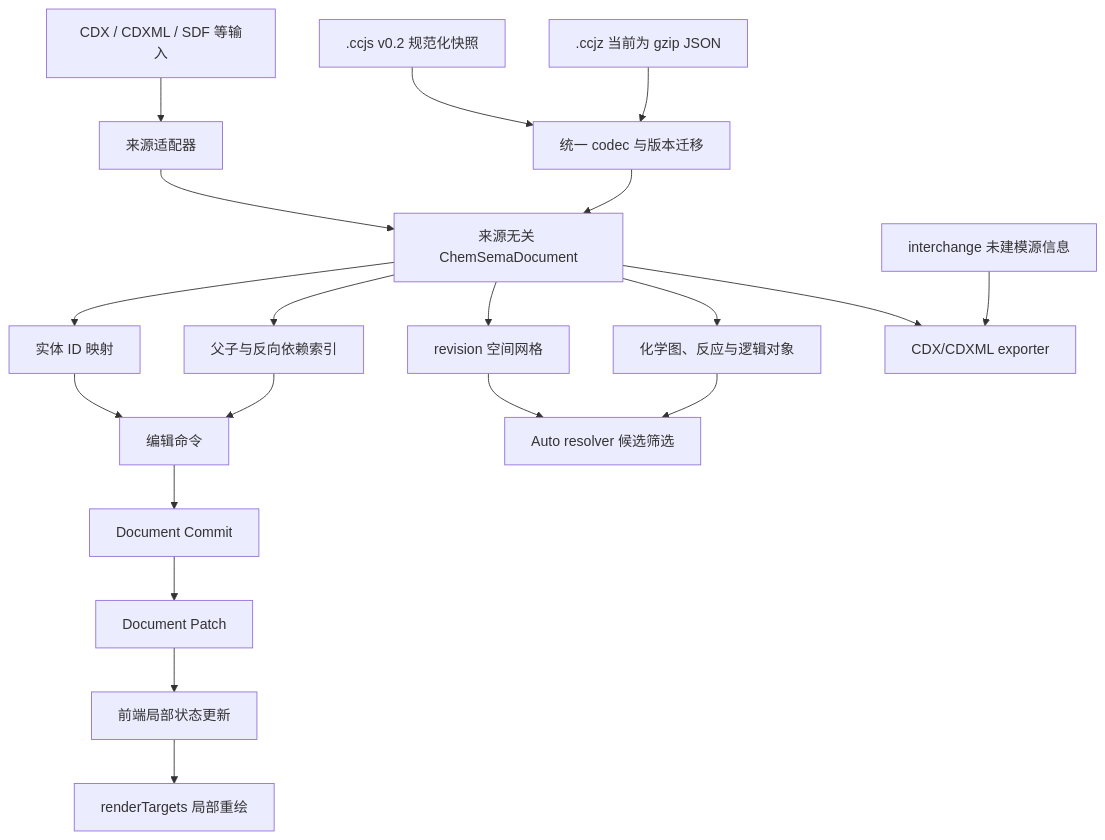
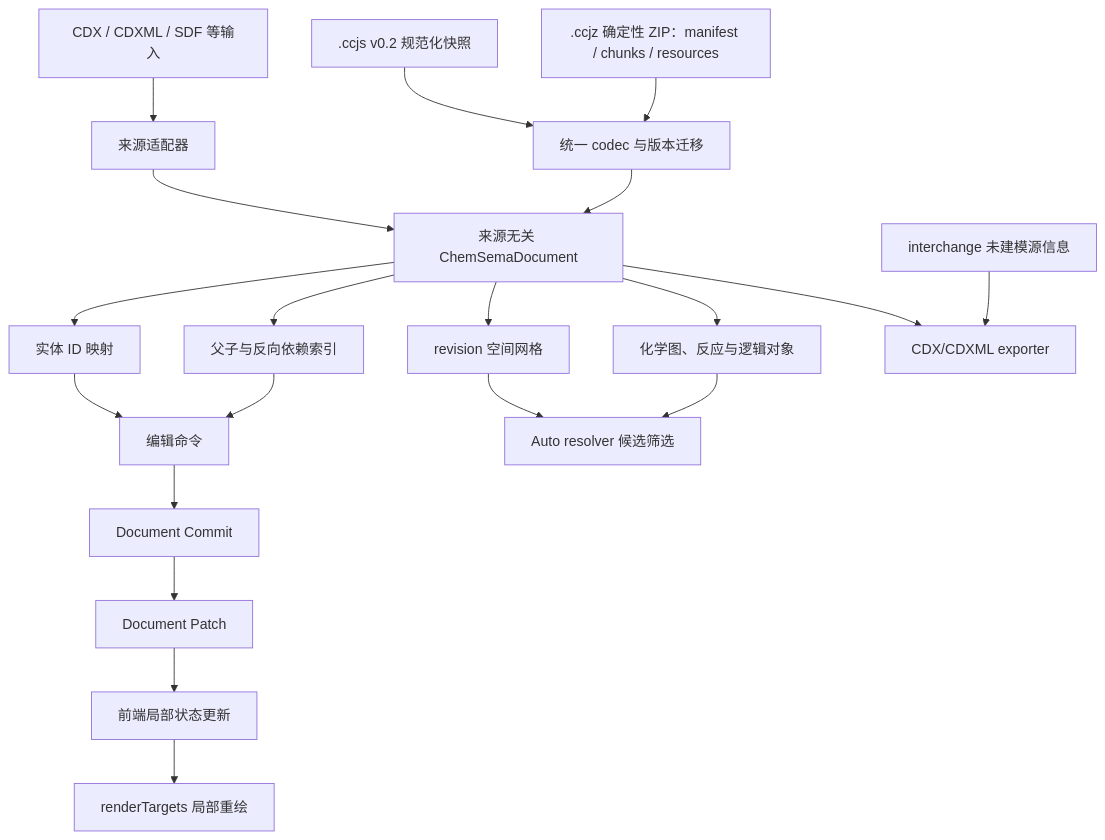
Before and after one commit to dreamlovesu32/chemcore: the diagram in docs/ccjs-architecture-and-format-rationale.zh-CN.md, drawn with Mermaid. The commit also changed other lines of this file and 56 other files, not shown here.

````diff
--- a/docs/ccjs-architecture-and-format-rationale.zh-CN.md
+++ b/docs/ccjs-architecture-and-format-rationale.zh-CN.md
@@ -17,22 +17,22 @@
 ```mermaid
 flowchart TD
   A[".ccjs v0.2 规范化快照"] --> B["统一 codec 与版本迁移"]
-  Z[".ccjz 当前为 gzip JSON"] --> B
+  Z[".ccjz 确定性 ZIP：manifest / chunks / resources"] --> B
   C["CDX / CDXML / SDF 等输入"] --> D["来源适配器"]
   D --> E["来源无关 ChemSemaDocument"]
   B --> E
   E --> F["实体 ID 映射"]
   E --> G["父子与反向依赖索引"]
   E --> H["revision 空间网格"]
   E --> I["化学图、反应与逻辑对象"]
   F --> J["编辑命令"]
   G --> J
   H --> K["Auto resolver 候选筛选"]
   I --> K
   J --> L["Document Commit"]
   L --> M["Document Patch"]
   M --> N["前端局部状态更新"]
   N --> O["renderTargets 局部重绘"]
   E --> P["CDX/CDXML exporter"]
   Q["interchange 未建模源信息"] --> P
 ```
````
